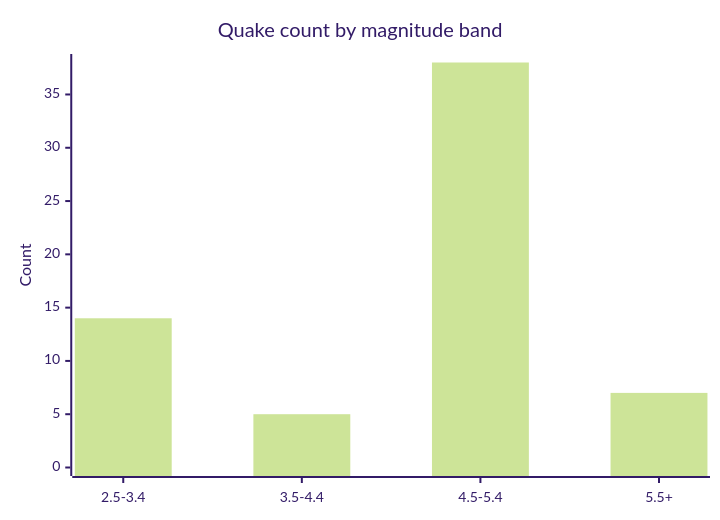
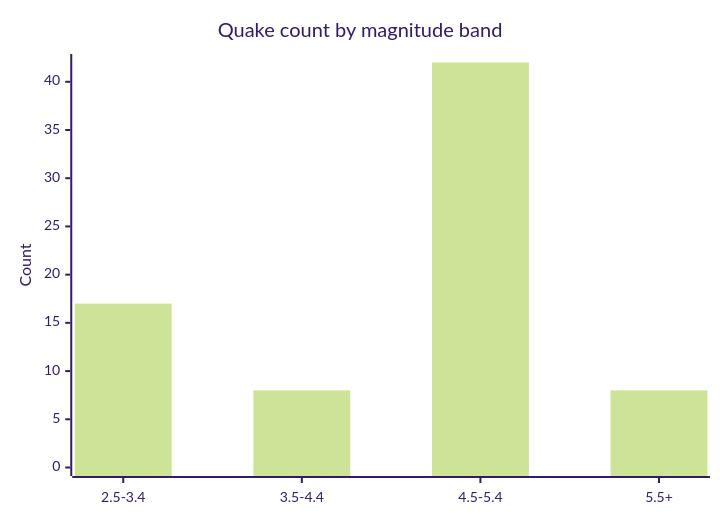
One commit to Midwest-Stratospheric/aerostratospheric-defense-gir changed the fifth of 6 diagrams in docs/GRAPHS.md. Above: the diagram before and after it, drawn with Mermaid (forest theme). The commit also changed other lines of this file and 25 other files, not shown here.

````diff
--- a/docs/GRAPHS.md
+++ b/docs/GRAPHS.md
@@ -82,7 +82,7 @@
 ```mermaid
 xychart-beta
   title "Quake count by magnitude band"
   x-axis ["2.5-3.4", "3.5-4.4", "4.5-5.4", "5.5+"]
-  y-axis "Count" 0 --> 38
-  bar [14, 5, 38, 7]
+  y-axis "Count" 0 --> 42
+  bar [17, 8, 42, 8]
 ```
````
